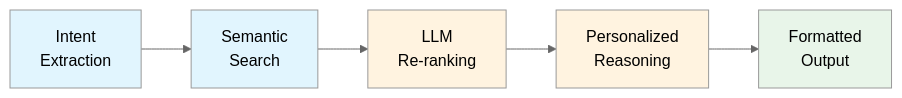
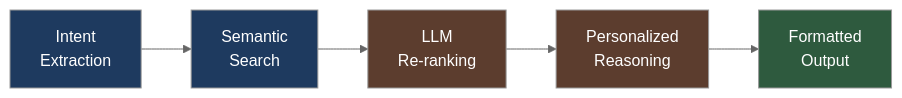
The third of 6 diagrams in README.md (mihir-rahate/TED_Agent_AI), drawn with Mermaid (neutral theme) before and after one commit. The commit also changed other lines of this file, not shown here.

````diff
--- a/README.md
+++ b/README.md
@@ -125,13 +156,13 @@
 ```mermaid
 graph LR
     A[Intent<br/>Extraction] --> B[Semantic<br/>Search]
     B --> C[LLM<br/>Re-ranking]
     C --> D[Personalized<br/>Reasoning]
     D --> E[Formatted<br/>Output]
     
-    style A fill:#e1f5fe
-    style B fill:#e1f5fe
-    style C fill:#fff3e0
-    style D fill:#fff3e0
-    style E fill:#e8f5e9
+    style A fill:#1e3a5f,color:#fff
+    style B fill:#1e3a5f,color:#fff
+    style C fill:#5c3d2e,color:#fff
+    style D fill:#5c3d2e,color:#fff
+    style E fill:#2e5a3e,color:#fff
 ```
````
